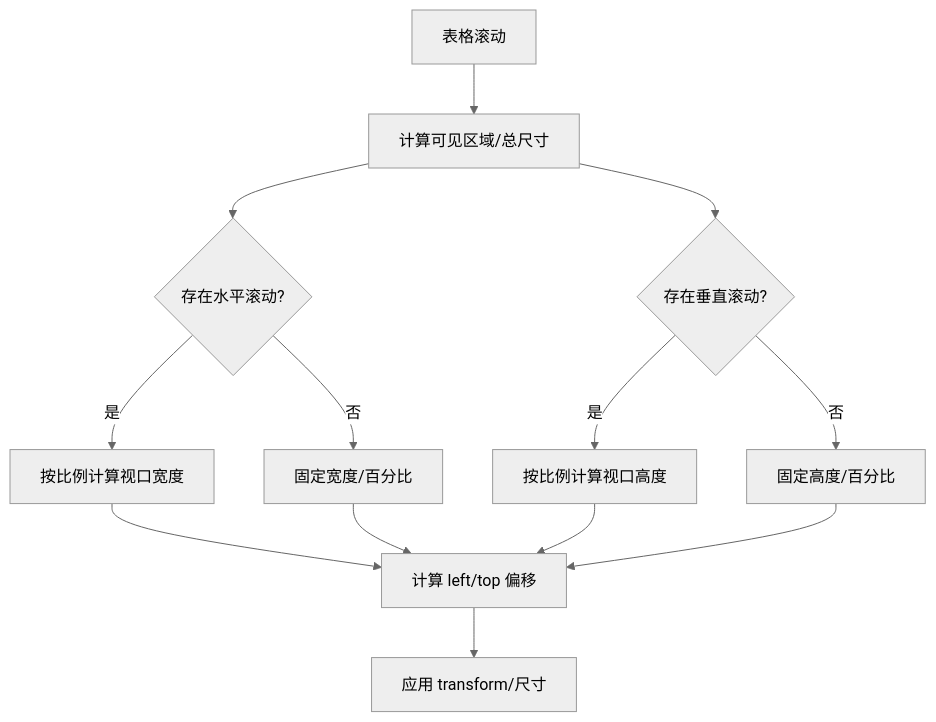
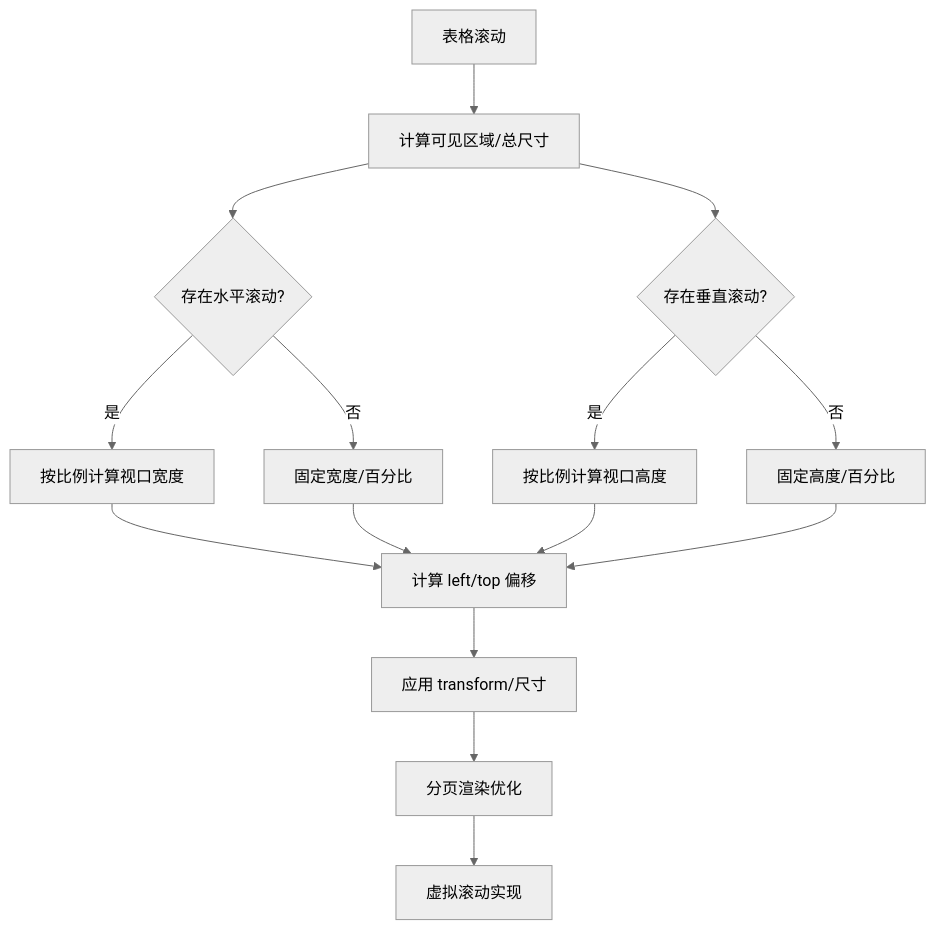
The sixth of 7 diagrams in .qoder/repowiki/zh/content/示例和最佳实践/性能优化案例.md (meiok1/wysjson), drawn with Mermaid (neutral theme) before and after one commit. The commit also changed other lines of this file and 390 other files, not shown here.

````diff
--- a/.qoder/repowiki/zh/content/示例和最佳实践/性能优化案例.md
+++ b/.qoder/repowiki/zh/content/示例和最佳实践/性能优化案例.md
@@ -208,15 +314,17 @@
 ```mermaid
 flowchart TD
 Scroll["表格滚动"] --> Calc["计算可见区域/总尺寸"]
 Calc --> HasH{"存在水平滚动?"}
 Calc --> HasV{"存在垂直滚动?"}
 HasH --> |是| W["按比例计算视口宽度"]
 HasH --> |否| WFix["固定宽度/百分比"]
 HasV --> |是| H["按比例计算视口高度"]
 HasV --> |否| HFix["固定高度/百分比"]
 W --> Pos["计算 left/top 偏移"]
 WFix --> Pos
 H --> Pos
 HFix --> Pos
 Pos --> Apply["应用 transform/尺寸"]
+Apply --> Pagination["分页渲染优化"]
+Pagination --> VirtualScroll["虚拟滚动实现"]
 ```
````
